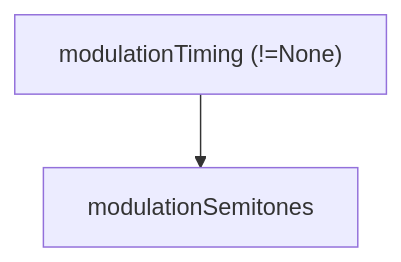
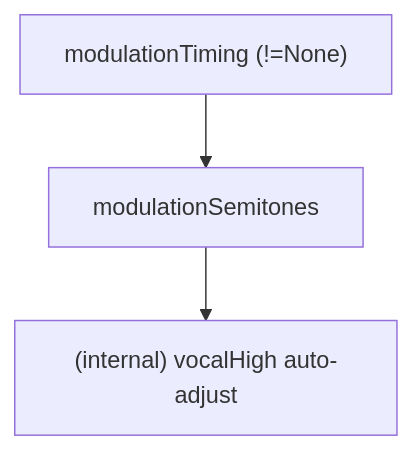
One commit to libraz/midi-sketch-homepage changed the fifth of 10 diagrams in src/docs/option-relationships.md. Above: the diagram before and after it, drawn with Mermaid. The commit also changed other lines of this file and 16 other files, not shown here.

````diff
--- a/src/docs/option-relationships.md
+++ b/src/docs/option-relationships.md
@@ -84,4 +84,5 @@
 ```mermaid
 graph TD
     modulationTiming["modulationTiming (!=None)"] --> modulationSemitones
+    modulationSemitones --> vocalHighAdjust["(internal) vocalHigh auto-adjust"]
 ```
````
